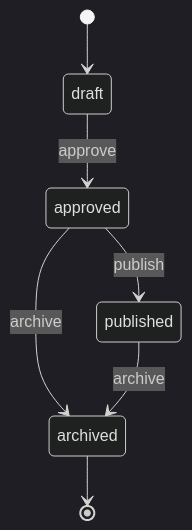
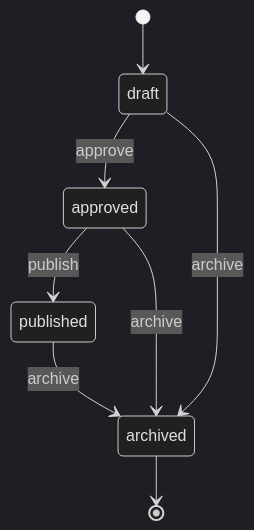
The seventh of 8 diagrams in docs/MODELO-DATOS.md (Isaacoronam/FalconSync), drawn with Mermaid (dark theme) before and after one commit. The commit also changed other lines of this file and 60 other files, not shown here.

````diff
--- a/docs/MODELO-DATOS.md
+++ b/docs/MODELO-DATOS.md
@@ -773,9 +793,10 @@
 ```mermaid
 stateDiagram-v2
     [*] --> draft
     draft --> approved: approve
     approved --> published: publish
     approved --> archived: archive
+    draft --> archived: archive
     published --> archived: archive
     archived --> [*]
 ```
````
